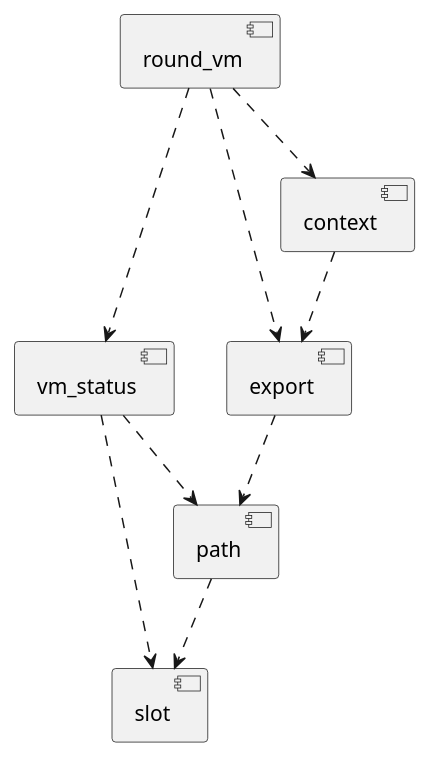
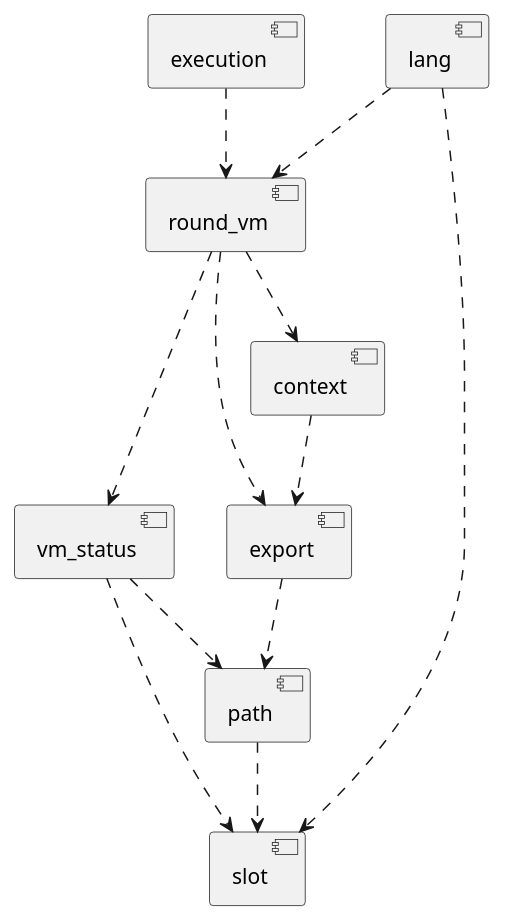
The diagram in assets/puml/rufi-core-architecture.puml (RustFields/rustfields.github.io), drawn with PlantUML before and after one commit. The commit also changed 1 other file, not shown here.

Commit message:
docs: add lang and execution in RuFi architecture

```diff
--- a/assets/puml/rufi-core-architecture.puml
+++ b/assets/puml/rufi-core-architecture.puml
@@ -1,16 +1,21 @@
 @startuml
 component export
 component context
 component round_vm
 component vm_status
 component path
 component slot
+component execution
+component lang
 context ..> export
 slot <.up. path
 export ..> path
 path <.up. vm_status
 slot <.up. vm_status
 vm_status <.up. round_vm
 export <.up. round_vm
 context <.up. round_vm
+execution ..> round_vm
+lang ..> round_vm
+lang ..> slot
 @enduml
```
